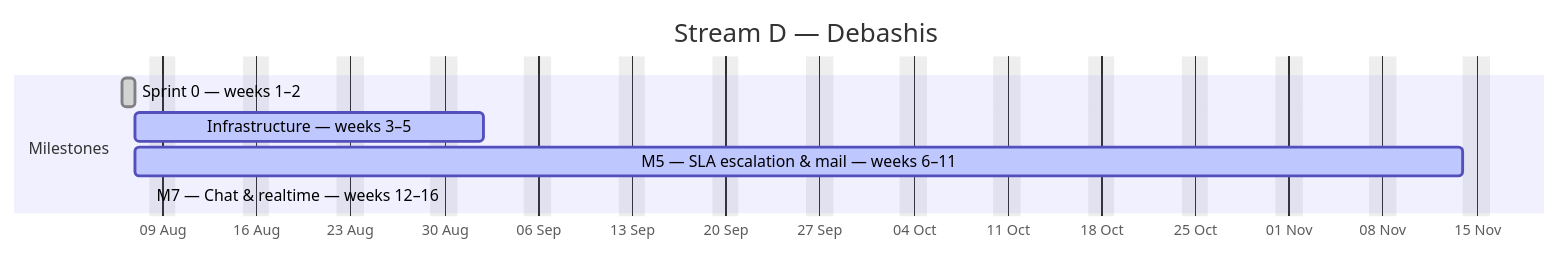
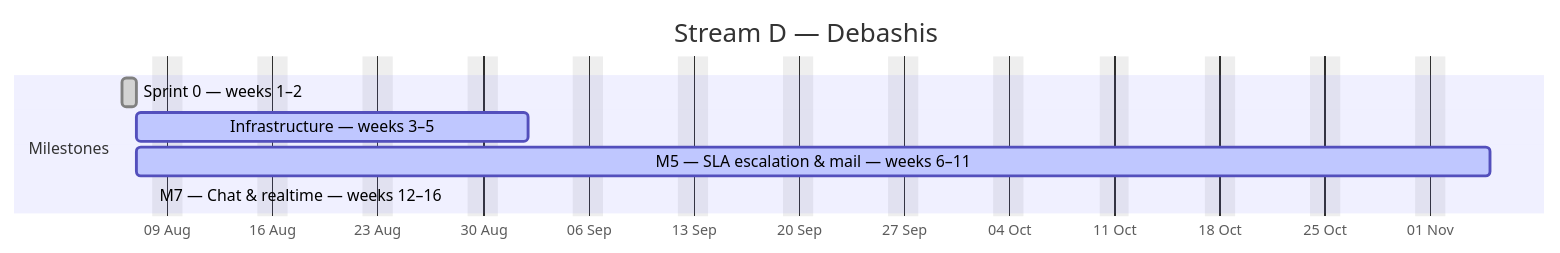
One commit to debashisedunext/EduTrack changed the fourth of 4 diagrams in docs/plan/GANTT.md. Above: the diagram before and after it, drawn with Mermaid. The commit also changed other lines of this file and 2 other files, not shown here.

````diff
--- a/docs/plan/GANTT.md
+++ b/docs/plan/GANTT.md
@@ -172,12 +171,12 @@
 ```mermaid
 gantt
     dateFormat YYYY-MM-DD
     axisFormat %d %b
     title Stream D — Debashis
     excludes weekends
     section Milestones
     Sprint 0 — weeks 1–2 :done, d0, 2026-08-06, 1d
     Infrastructure — weeks 3–5 :active, d1, 2026-08-07, 18d
-    M5 — SLA  escalation & mail — weeks 6–11 :active, d2, 2026-08-07, 71d
-    M7 — Chat & realtime — weeks 12–16 :active, d3, 2026-08-08, -13d
+    M5 — SLA  escalation & mail — weeks 6–11 :active, d2, 2026-08-07, 64d
+    M7 — Chat & realtime — weeks 12–16 :active, d3, 2026-08-08, -14d
 ```
````
